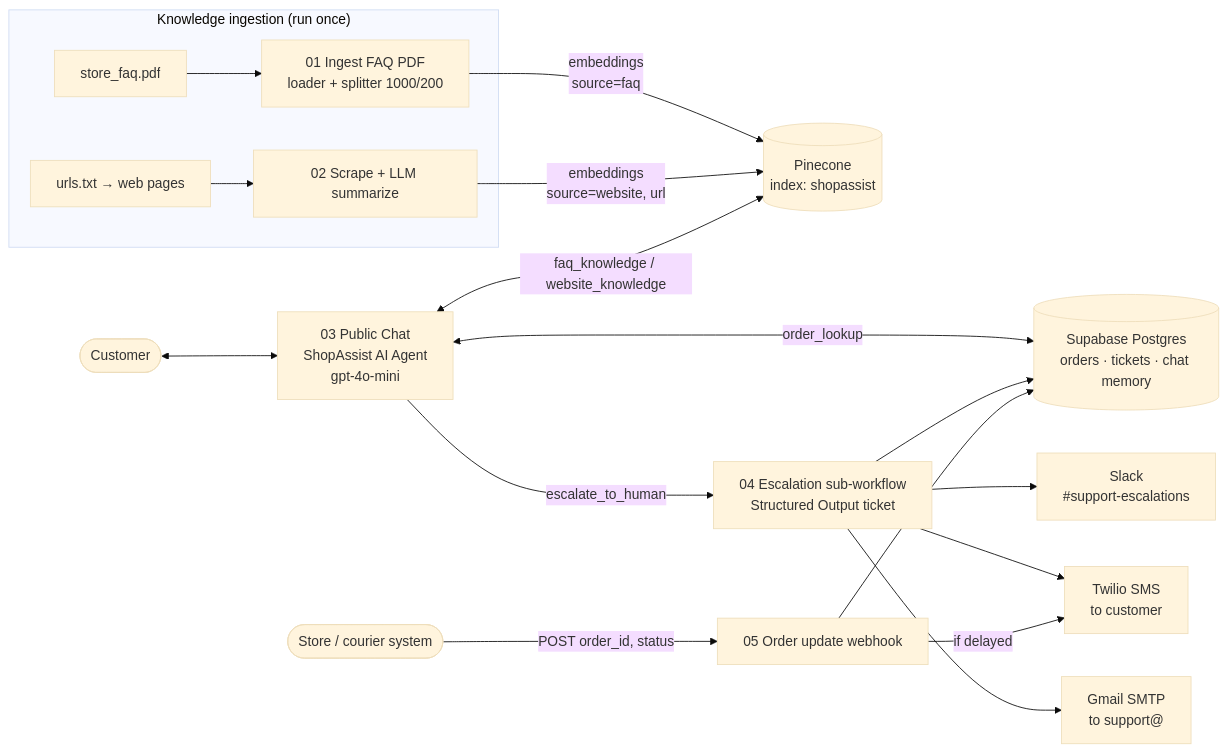
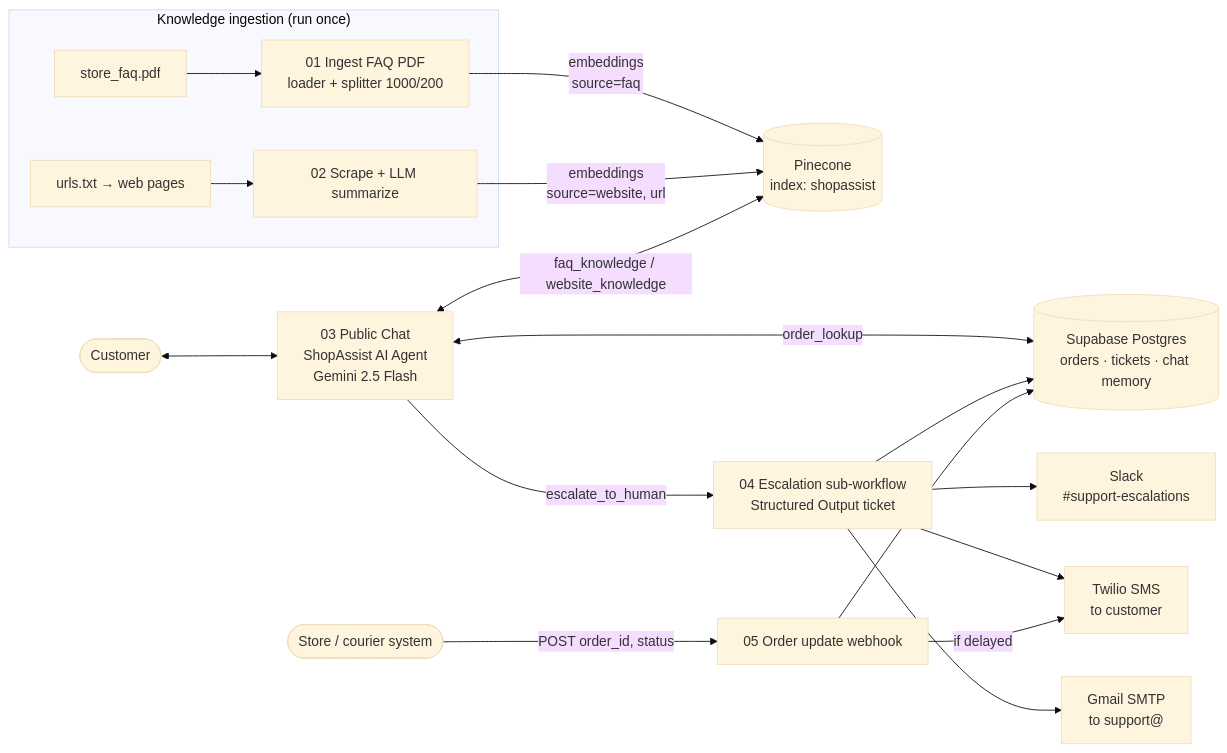
One commit to kritikab01/ShopAssist-AI changed the diagram in README.md. Above: the diagram before and after it, drawn with Mermaid (base theme). The commit also changed other lines of this file and 8 other files, not shown here.

````diff
--- a/README.md
+++ b/README.md
@@ -33,22 +36,22 @@
 ```mermaid
 flowchart LR
     subgraph Ingestion["Knowledge ingestion (run once)"]
         PDF["store_faq.pdf"] --> W01["01 Ingest FAQ PDF<br/>loader + splitter 1000/200"]
         URLS["urls.txt → web pages"] --> W02["02 Scrape + LLM summarize"]
     end
     W01 -- "embeddings<br/>source=faq" --> PC[("Pinecone<br/>index: shopassist")]
     W02 -- "embeddings<br/>source=website, url" --> PC
 
-    C(["Customer"]) <--> CHAT["03 Public Chat<br/>ShopAssist AI Agent<br/>gpt-4o-mini"]
+    C(["Customer"]) <--> CHAT["03 Public Chat<br/>ShopAssist AI Agent<br/>Gemini 2.5 Flash"]
     CHAT <-->|"faq_knowledge / website_knowledge"| PC
     CHAT <-->|"order_lookup"| PG[("Supabase Postgres<br/>orders · tickets · chat memory")]
     CHAT -->|"escalate_to_human"| W04["04 Escalation sub-workflow<br/>Structured Output ticket"]
     W04 --> PG
     W04 --> SL["Slack<br/>#support-escalations"]
     W04 --> TW["Twilio SMS<br/>to customer"]
     W04 --> EM["Gmail SMTP<br/>to support@"]
 
     SYS(["Store / courier system"]) -->|"POST order_id, status"| W05["05 Order update webhook"]
     W05 --> PG
     W05 -->|"if delayed"| TW
 ```
````
